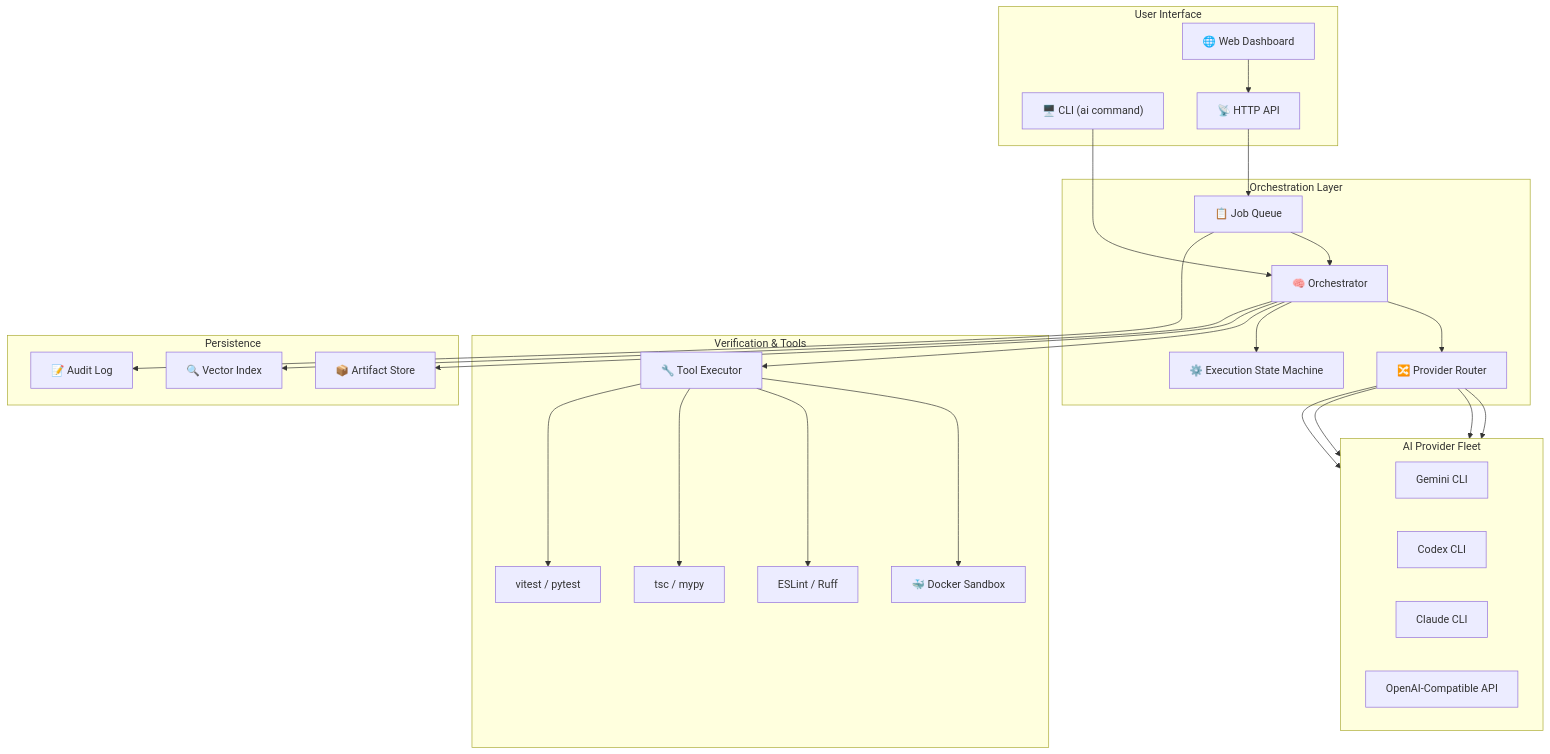
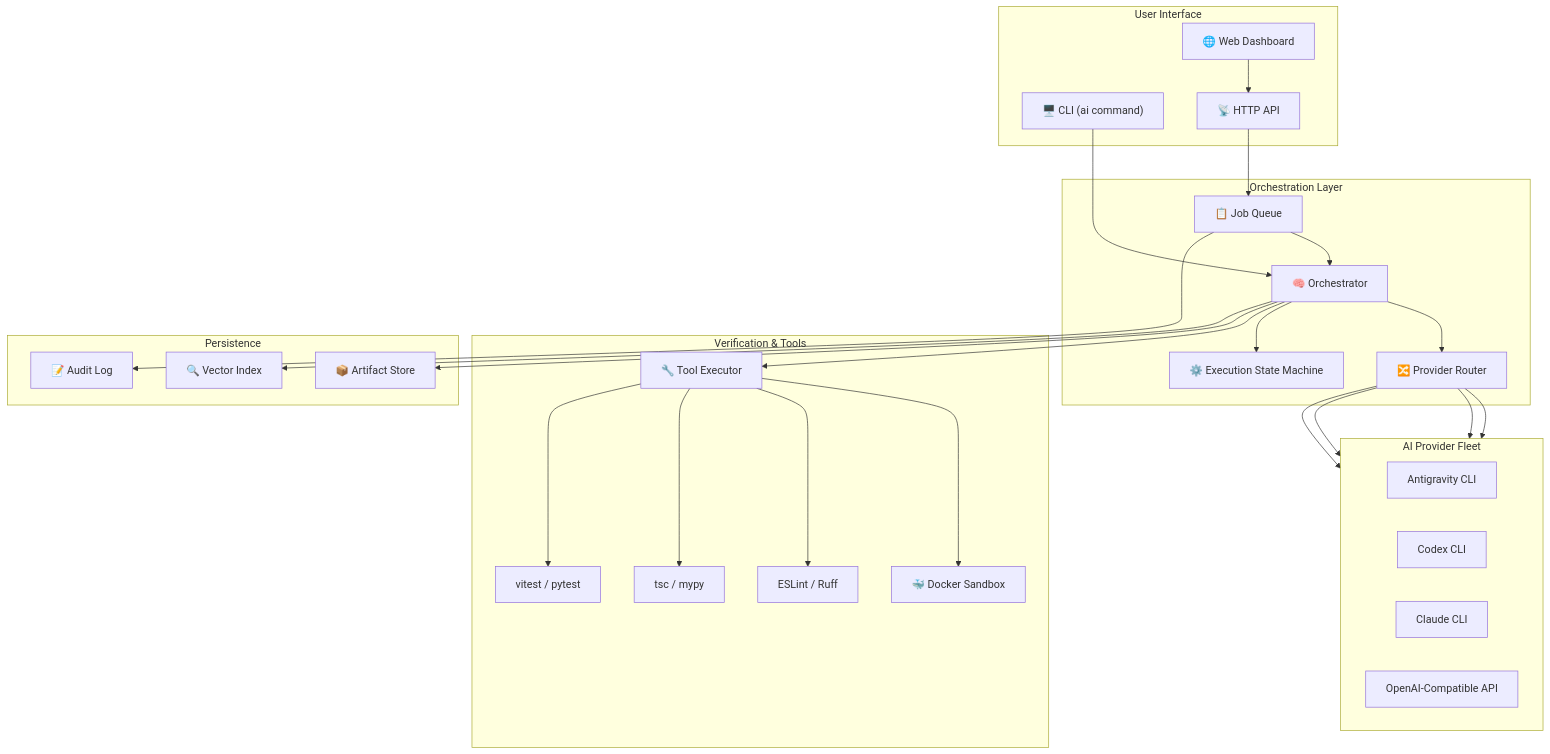
The second of 5 diagrams in README.md (nghiant96/Orchestra-AI-Platform), drawn with Mermaid before and after one commit. The commit also changed other lines of this file and 31 other files, not shown here.

Commit message:
refactor: rename gemini-cli provider to agy-cli across configurations, documentation, and tests

````diff
--- a/README.md
+++ b/README.md
@@ -47,58 +47,58 @@
 ```mermaid
 graph TD
     subgraph "User Interface"
         CLI["🖥️ CLI (ai command)"]
         Dashboard["🌐 Web Dashboard"]
         API["📡 HTTP API"]
     end
 
     subgraph "Orchestration Layer"
         Orchestrator["🧠 Orchestrator"]
         Router["🔀 Provider Router"]
         ESM["⚙️ Execution State Machine"]
         Queue["📋 Job Queue"]
     end
 
     subgraph "AI Provider Fleet"
         direction LR
-        Gemini["Gemini CLI"]
+        Agy["Antigravity CLI"]
         Codex["Codex CLI"]
         Claude["Claude CLI"]
         OpenAI["OpenAI-Compatible API"]
     end
 
     subgraph "Verification & Tools"
         ToolExec["🔧 Tool Executor"]
         Sandbox["🐳 Docker Sandbox"]
         Lint["ESLint / Ruff"]
         TypeCheck["tsc / mypy"]
         Tests["vitest / pytest"]
     end
 
     subgraph "Persistence"
         Artifacts["📦 Artifact Store"]
         VectorDB["🔍 Vector Index"]
         AuditLog["📝 Audit Log"]
     end
 
     CLI --> Orchestrator
     Dashboard --> API
     API --> Queue --> Orchestrator
 
     Orchestrator --> Router
     Orchestrator --> ESM
-    Router --> Gemini
+    Router --> Agy
     Router --> Codex
     Router --> Claude
     Router --> OpenAI
 
     Orchestrator --> ToolExec
     ToolExec --> Sandbox
     ToolExec --> Lint
     ToolExec --> TypeCheck
     ToolExec --> Tests
 
     Orchestrator --> Artifacts
     Orchestrator --> VectorDB
     Queue --> AuditLog
 ```
````
